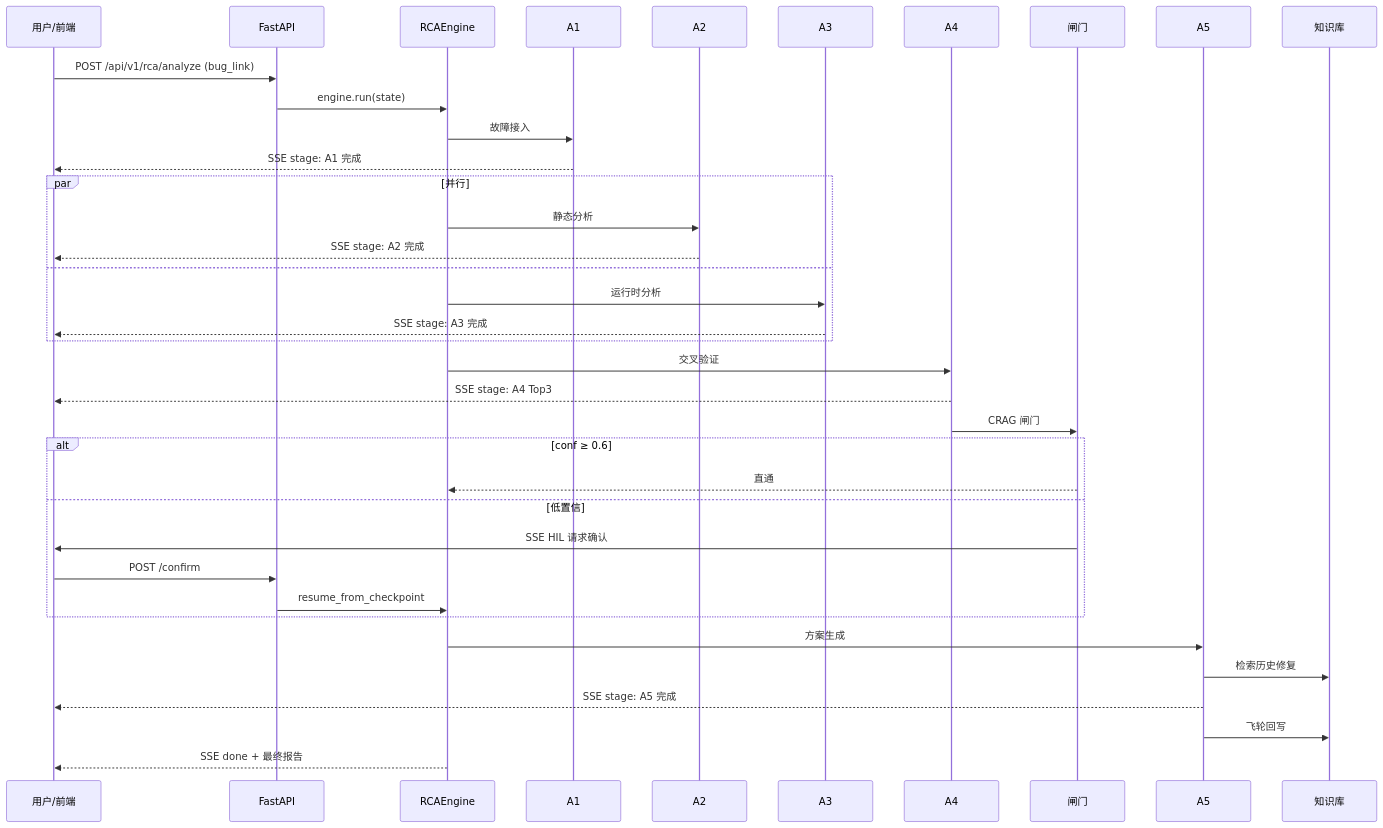
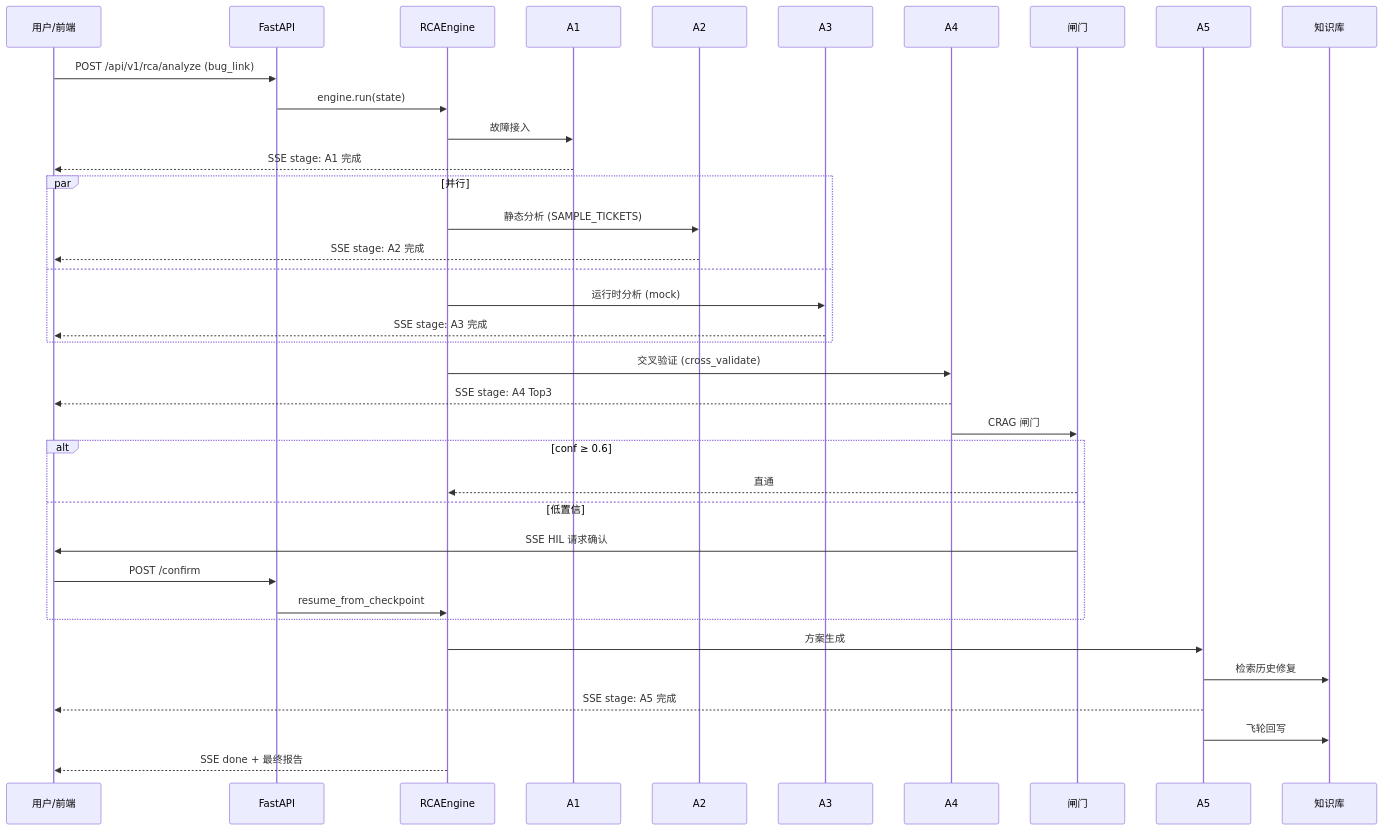
One commit to bigDataZWH/AutoBugFix changed the third of 4 diagrams in ARCHITECTURE.md. Above: the diagram before and after it, drawn with Mermaid. The commit also changed other lines of this file, not shown here.

````diff
--- a/ARCHITECTURE.md
+++ b/ARCHITECTURE.md
@@ -170,40 +170,40 @@
 ```mermaid
 sequenceDiagram
     participant U as 用户/前端
     participant API as FastAPI
     participant E as RCAEngine
     participant A1 as A1
     participant A2 as A2
     participant A3 as A3
     participant A4 as A4
     participant G as 闸门
     participant A5 as A5
     participant KB as 知识库
 
     U->>API: POST /api/v1/rca/analyze (bug_link)
     API->>E: engine.run(state)
     E->>A1: 故障接入
     A1-->>U: SSE stage: A1 完成
     par 并行
-        E->>A2: 静态分析
+        E->>A2: 静态分析 (SAMPLE_TICKETS)
         A2-->>U: SSE stage: A2 完成
     and
-        E->>A3: 运行时分析
+        E->>A3: 运行时分析 (mock)
         A3-->>U: SSE stage: A3 完成
     end
-    E->>A4: 交叉验证
+    E->>A4: 交叉验证 (cross_validate)
     A4-->>U: SSE stage: A4 Top3
     A4->>G: CRAG 闸门
     alt conf ≥ 0.6
         G-->>E: 直通
     else 低置信
         G->>U: SSE HIL 请求确认
         U->>API: POST /confirm
         API->>E: resume_from_checkpoint
     end
     E->>A5: 方案生成
     A5->>KB: 检索历史修复
     A5-->>U: SSE stage: A5 完成
     A5->>KB: 飞轮回写
     E-->>U: SSE done + 最终报告
 ```
````
